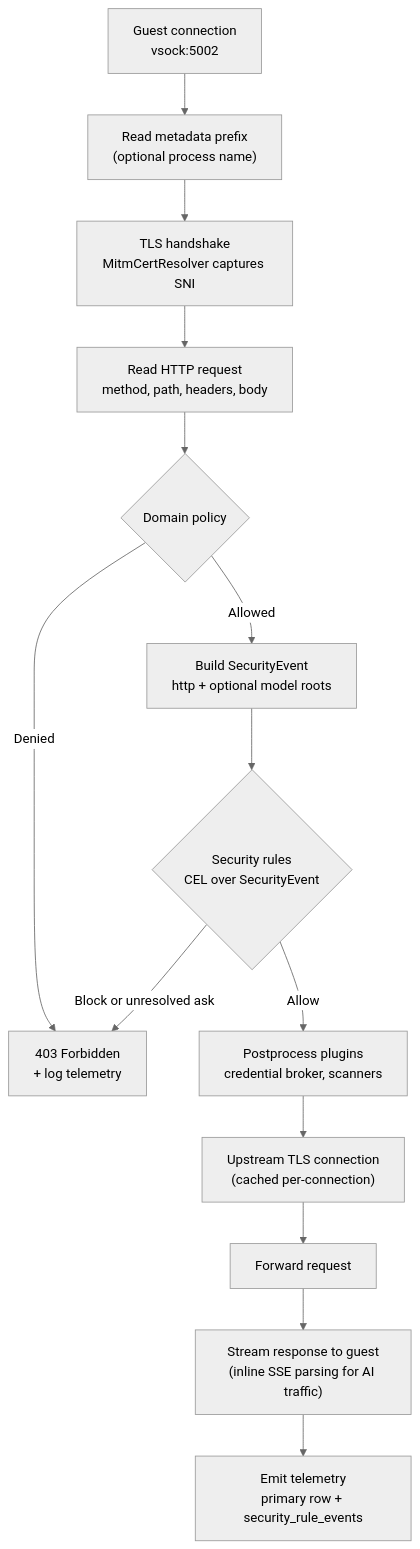
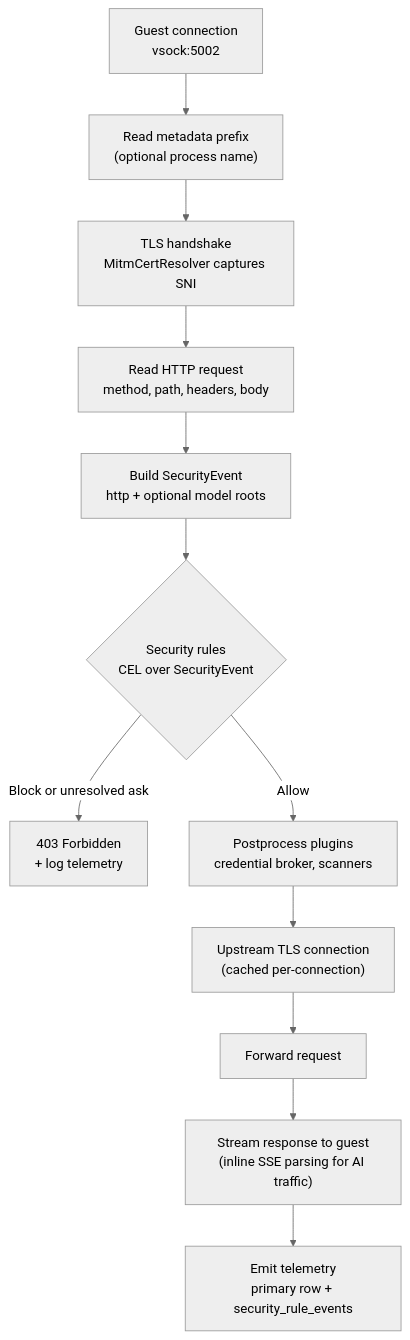
One commit to google/capsem changed the first of 5 diagrams in docs/src/content/docs/architecture/mitm-proxy.md. Above: the diagram before and after it, drawn with Mermaid (neutral theme). The commit also changed other lines of this file and 16 other files, not shown here.

````diff
--- a/docs/src/content/docs/architecture/mitm-proxy.md
+++ b/docs/src/content/docs/architecture/mitm-proxy.md
@@ -18,16 +17,14 @@
 ```mermaid
 graph TD
     A["Guest connection<br/>vsock:5002"] --> B["Read metadata prefix<br/>(optional process name)"]
     B --> C["TLS handshake<br/>MitmCertResolver captures SNI"]
     C --> D["Read HTTP request<br/>method, path, headers, body"]
-    D --> E{"Domain policy"}
-    E -->|Denied| F["403 Forbidden<br/>+ log telemetry"]
-    E -->|Allowed| G["Build SecurityEvent<br/>http + optional model roots"]
-    G --> H{"Security rules<br/>CEL over SecurityEvent"}
-    H -->|Block or unresolved ask| F
-    H -->|Allow| I["Postprocess plugins<br/>credential broker, scanners"]
+    D --> E["Build SecurityEvent<br/>http + optional model roots"]
+    E --> F{"Security rules<br/>CEL over SecurityEvent"}
+    F -->|Block or unresolved ask| G["403 Forbidden<br/>+ log telemetry"]
+    F -->|Allow| I["Postprocess plugins<br/>credential broker, scanners"]
     I --> J["Upstream TLS connection<br/>(cached per-connection)"]
     J --> K["Forward request"]
     K --> L["Stream response to guest<br/>(inline SSE parsing for AI traffic)"]
     L --> M["Emit telemetry<br/>primary row + security_rule_events"]
 ```
````
